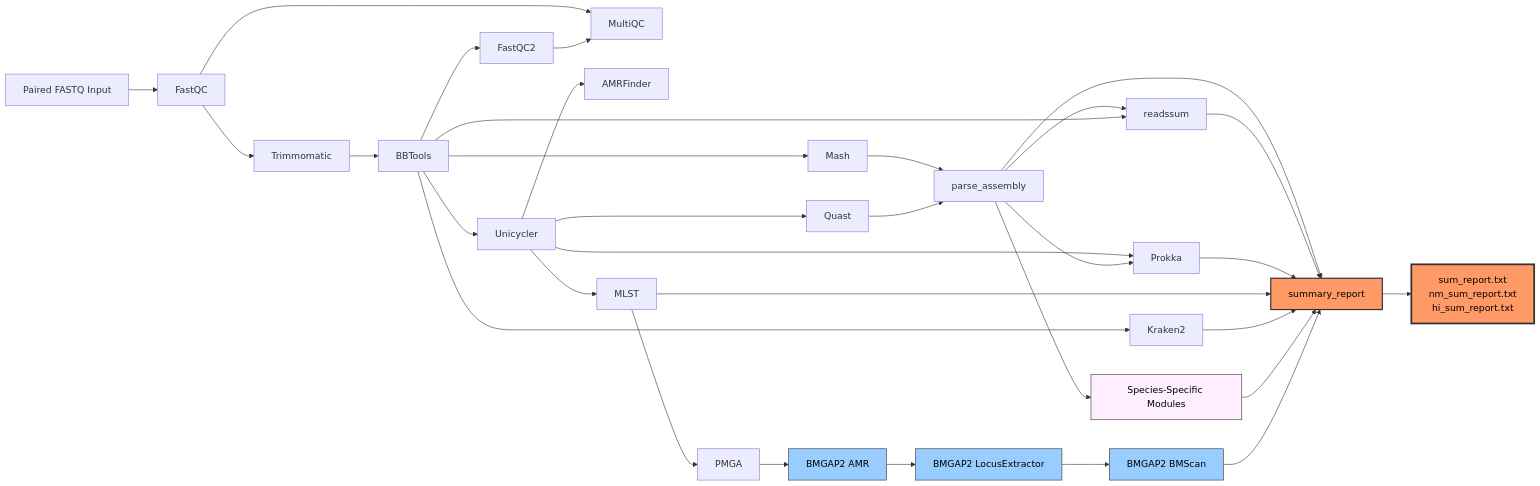
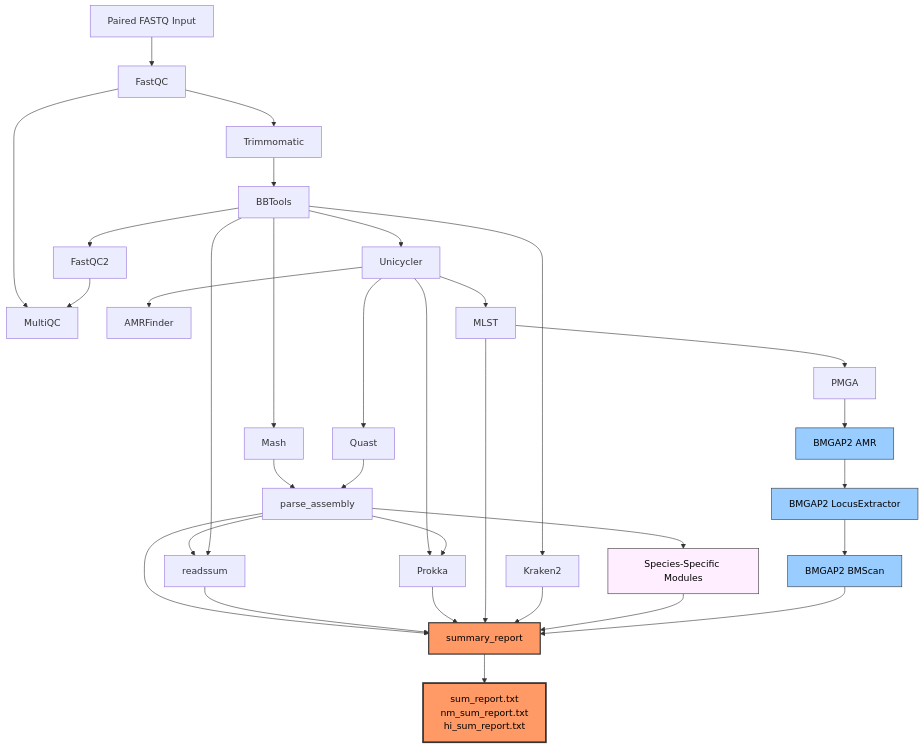
Before and after one commit to BPHL-Molecular/Sanibel: the diagram in README.md, drawn with Mermaid. The commit also changed other lines of this file and 3 other files, not shown here.

````diff
--- a/README.md
+++ b/README.md
@@ -111,47 +126,47 @@
 ```mermaid
-flowchart LR
+flowchart TD
     A[Paired FASTQ Input] --> B[FastQC]
     B --> C[Trimmomatic]
     C --> D[BBTools]
     D --> E[FastQC2]
     B --> F[MultiQC]
     E --> F
 
     D --> G[Mash]
     D --> H[Unicycler]
     D --> I[Kraken2]
 
     H --> J[Quast]
     H --> K[AMRFinder]
     H --> L[MLST]
     H --> M[Prokka]
 
     G --> O[parse_assembly]
     J --> O
     O --> M
     O --> P[readssum]
     D --> P
 
     O --> SP[Species-Specific Modules]
     L --> NM[PMGA]
     NM --> S[BMGAP2 AMR]
     S --> T[BMGAP2 LocusExtractor]
     T --> U[BMGAP2 BMScan]
 
     O --> X[summary_report]
     P --> X
     M --> X
     L --> X
     I --> X
     SP --> X
     U --> X
 
-    X --> Y[sum_report.txt\nnm_sum_report.txt\nhi_sum_report.txt]
+    X --> Y[sum_report.txt<br/>nm_sum_report.txt<br/>hi_sum_report.txt]
 
     style SP fill:#fef,stroke:#333,color:#000
     style S fill:#9cf,stroke:#333,color:#000
     style T fill:#9cf,stroke:#333,color:#000
     style U fill:#9cf,stroke:#333,color:#000
     style X fill:#f96,stroke:#333,stroke-width:2px,color:#000
     style Y fill:#f96,stroke:#333,stroke-width:3px,color:#000
 ```
````
